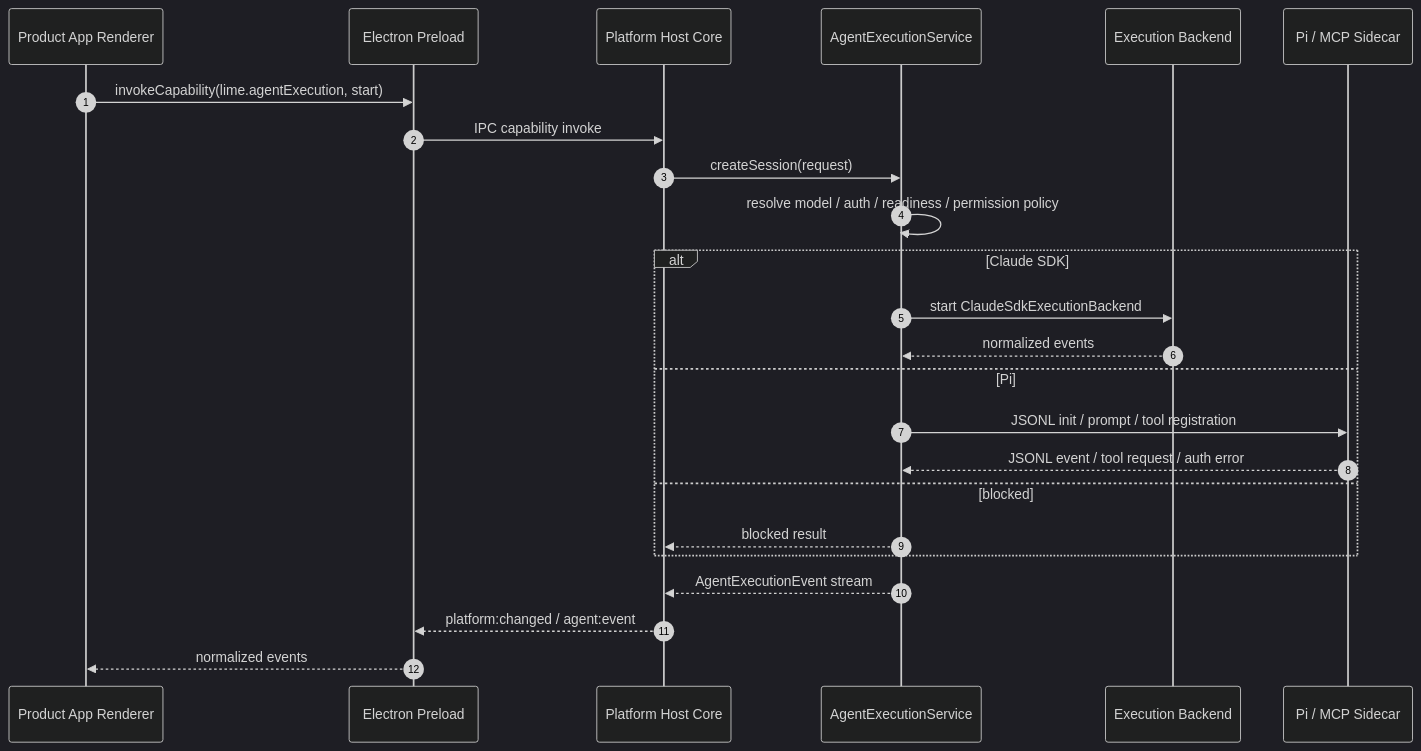
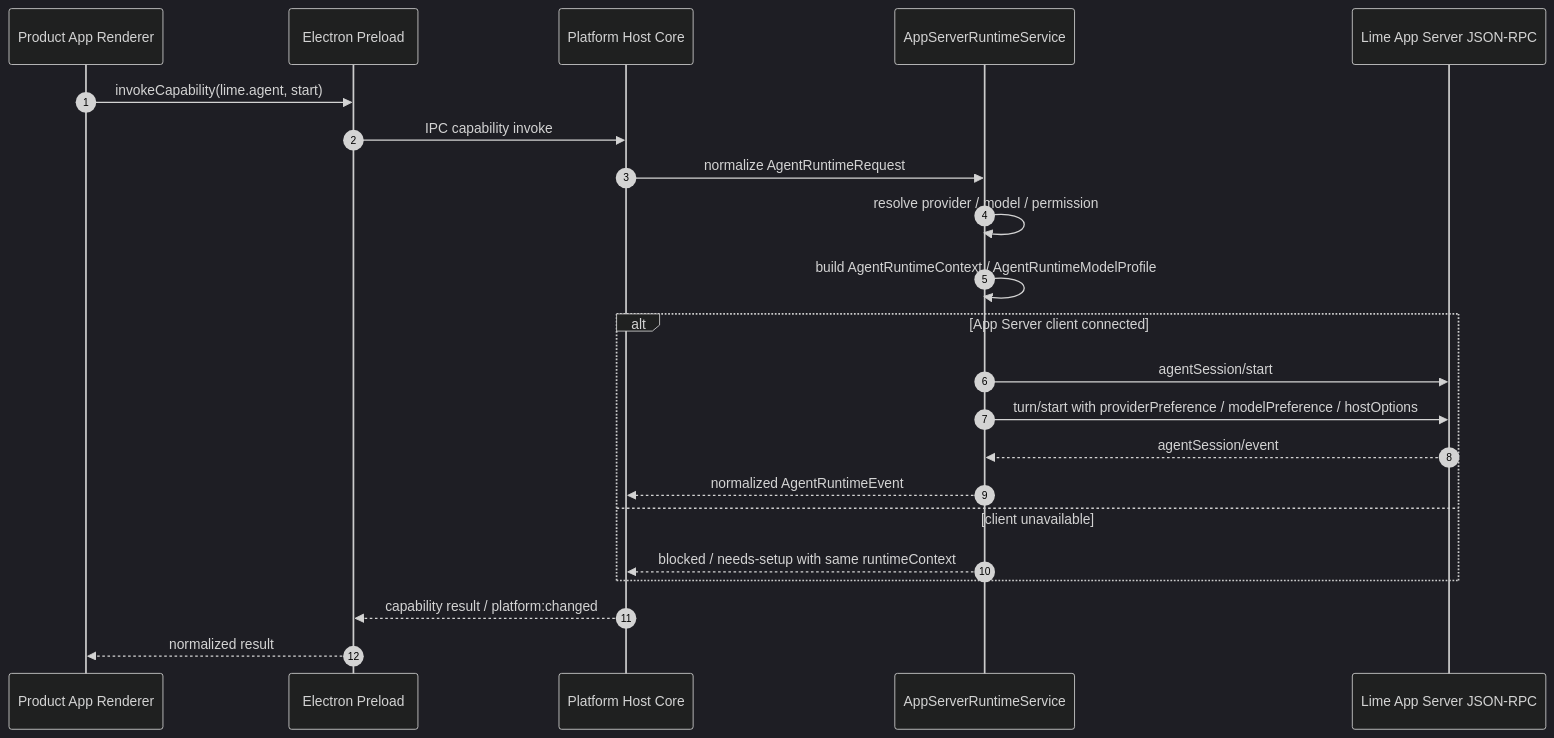
Before and after one commit to limecloud/lime-desktop-platform: the second of 2 diagrams in docs/v1/agent-runtime-strategy.md, drawn with Mermaid (dark theme). The commit also changed other lines of this file and 77 other files, not shown here.

````diff
--- a/docs/v1/agent-runtime-strategy.md
+++ b/docs/v1/agent-runtime-strategy.md
@@ -116,27 +186,25 @@
 ```mermaid
 sequenceDiagram
   autonumber
   participant App as Product App Renderer
   participant Preload as Electron Preload
-  participant Core as Platform Host Core
-  participant Exec as AgentExecutionService
-  participant Backend as Execution Backend
-  participant Sidecar as Pi / MCP Sidecar
+  participant Host as Platform Host Core
+  participant Runtime as AppServerRuntimeService
+  participant Server as Lime App Server JSON-RPC
 
-  App->>Preload: invokeCapability(lime.agentExecution, start)
-  Preload->>Core: IPC capability invoke
-  Core->>Exec: createSession(request)
-  Exec->>Exec: resolve model / auth / readiness / permission policy
-  alt Claude SDK
-    Exec->>Backend: start ClaudeSdkExecutionBackend
-    Backend-->>Exec: normalized events
-  else Pi
-    Exec->>Sidecar: JSONL init / prompt / tool registration
-    Sidecar-->>Exec: JSONL event / tool request / auth error
-  else blocked
-    Exec-->>Core: blocked result
+  App->>Preload: invokeCapability(lime.agent, start)
+  Preload->>Host: IPC capability invoke
+  Host->>Runtime: normalize AgentRuntimeRequest
+  Runtime->>Runtime: resolve provider / model / permission
+  Runtime->>Runtime: build AgentRuntimeContext / AgentRuntimeModelProfile
+  alt App Server client connected
+    Runtime->>Server: agentSession/start
+    Runtime->>Server: turn/start with providerPreference / modelPreference / hostOptions
+    Server-->>Runtime: agentSession/event
+    Runtime-->>Host: normalized AgentRuntimeEvent
+  else client unavailable
+    Runtime-->>Host: blocked / needs-setup with same runtimeContext
   end
-  Exec-->>Core: AgentExecutionEvent stream
-  Core-->>Preload: platform:changed / agent:event
-  Preload-->>App: normalized events
+  Host-->>Preload: capability result / platform:changed
+  Preload-->>App: normalized result
 ```
````
